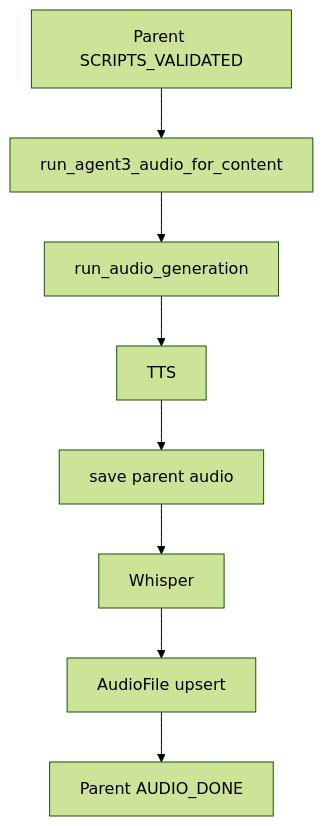
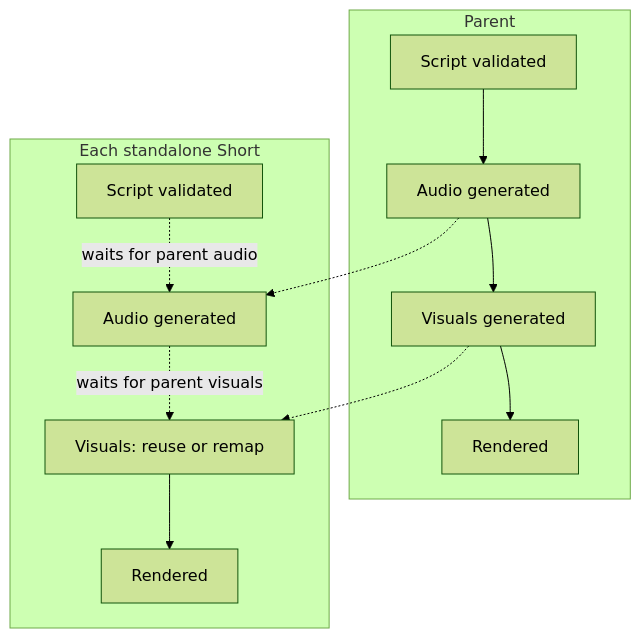
The second of 2 diagrams in README.md (Hssingr/content-factory), drawn with Mermaid (forest theme) before and after one commit. The commit also changed other lines of this file and 9 other files, not shown here.

Commit message:
Finalize architecture complience checks, and documentation complience

````diff
--- a/README.md
+++ b/README.md
@@ -847,10 +64,13 @@
 ```mermaid
 flowchart TD
-    A[Parent SCRIPTS_VALIDATED] --> B[run_agent3_audio_for_content]
-    B --> C[run_audio_generation]
-    C --> D[TTS]
-    D --> E[save parent audio]
-    E --> F[Whisper]
-    F --> G[AudioFile upsert]
-    G --> H[Parent AUDIO_DONE]
+    subgraph Parent
+        P1[Script validated] --> P2[Audio generated] --> P3[Visuals generated] --> P4[Rendered]
+    end
+    subgraph Child["Each standalone Short"]
+        C1[Script validated] -.->|waits for parent audio| C2[Audio generated]
+        C2 -.->|waits for parent visuals| C3[Visuals: reuse or remap]
+        C3 --> C4[Rendered]
+    end
+    P2 -.-> C2
+    P3 -.-> C3
 ```
````
